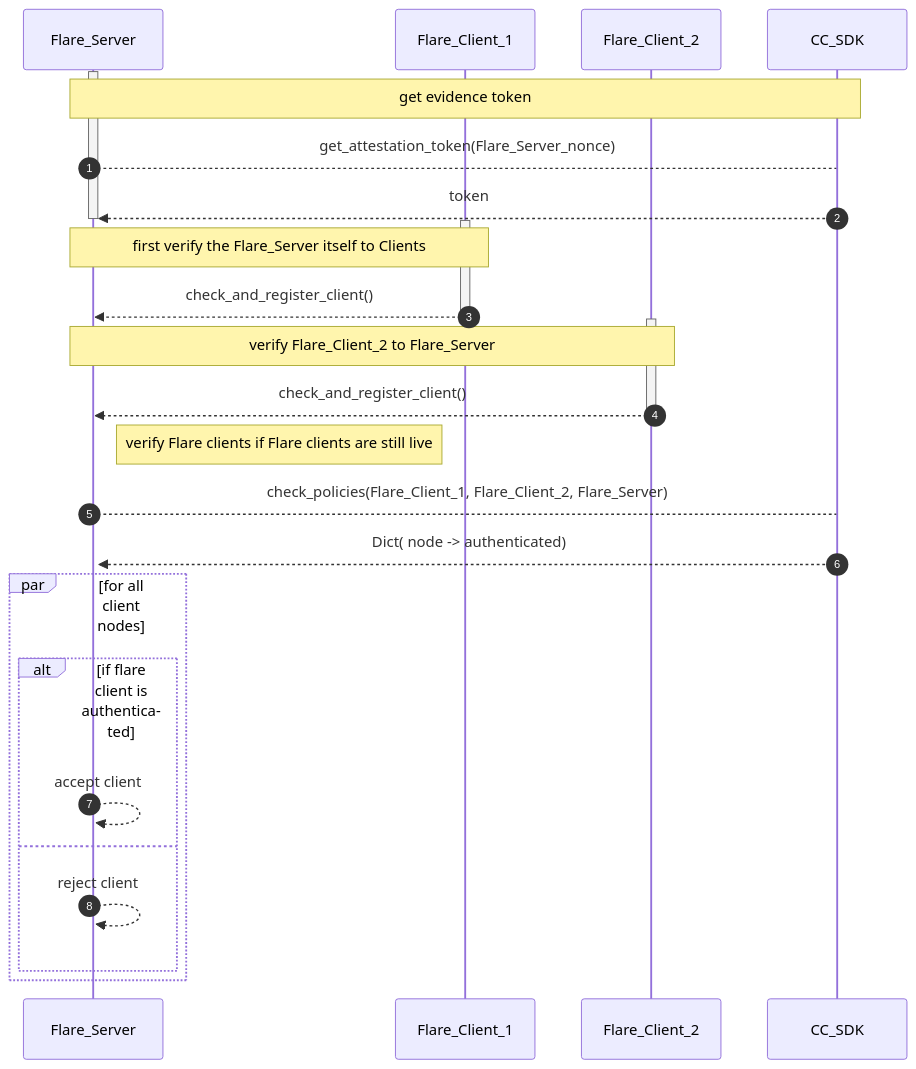
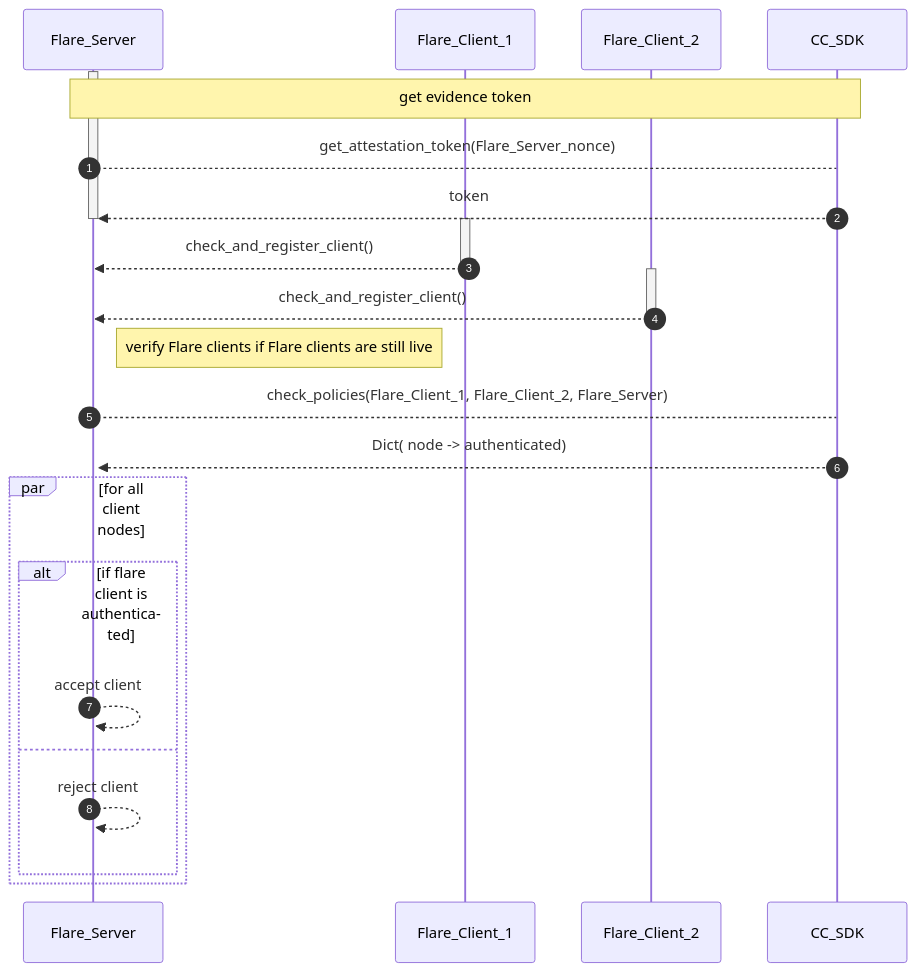
Before and after one commit to hitesh-ag1/NVFlare: the eighth of 9 diagrams in docs/confidential_computing/detailed_cc_sequence_diagram.md, drawn with Mermaid. The commit also changed other lines of this file, not shown here.

Commit message:
Sequence diagram for CC

````diff
--- a/docs/confidential_computing/detailed_cc_sequence_diagram.md
+++ b/docs/confidential_computing/detailed_cc_sequence_diagram.md
@@ -188,37 +188,35 @@
 ```mermaid
 sequenceDiagram
    autonumber
      
     participant Flare_Server
     participant Flare_Client_1
     participant Flare_Client_2
     participant CC_SDK
      
     activate Flare_Server
     Note over Flare_Server, CC_SDK: get evidence token
     Flare_Server --> CC_SDK : get_attestation_token(Flare_Server_nonce)
     CC_SDK -->> Flare_Server : token
     deactivate Flare_Server
   
     activate Flare_Client_1
-    Note over Flare_Server, Flare_Client_1: first verify the Flare_Server itself to Clients
     Flare_Client_1 -->> Flare_Server:  check_and_register_client() 
     deactivate Flare_Client_1
     
     activate Flare_Client_2
-    Note over Flare_Server, Flare_Client_2: verify Flare_Client_2 to Flare_Server
     Flare_Client_2 -->> Flare_Server:  check_and_register_client() 
     deactivate Flare_Client_2
     
     activate Flare_Server
     Note right of Flare_Server : verify Flare clients if Flare clients are still live
     Flare_Server --> CC_SDK : check_policies(Flare_Client_1, Flare_Client_2, Flare_Server)
     CC_SDK -->> Flare_Server : Dict( node -> authenticated)
     par for all client nodes 
             alt if flare client is authenticated
                 Flare_Server -->>  Flare_Server:  accept client  
             else
                 Flare_Server -->>  Flare_Server:  reject client  
             end
     end
 ```
````
